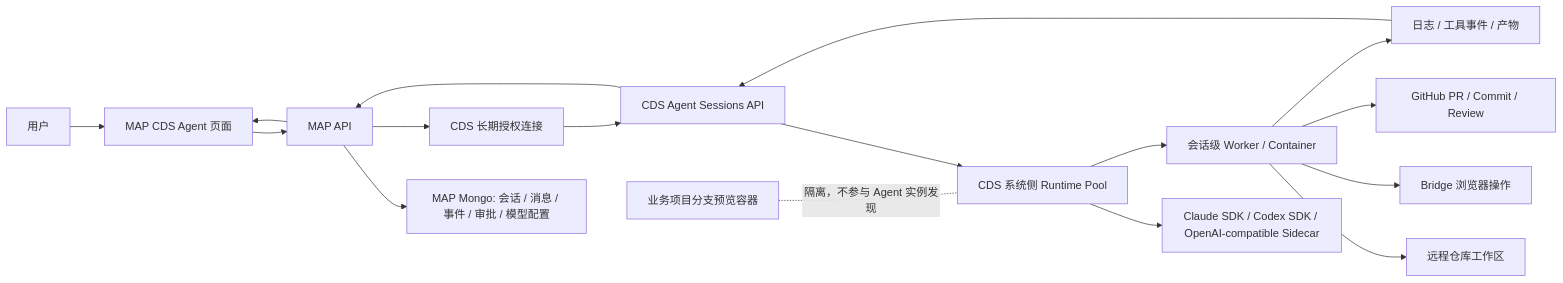
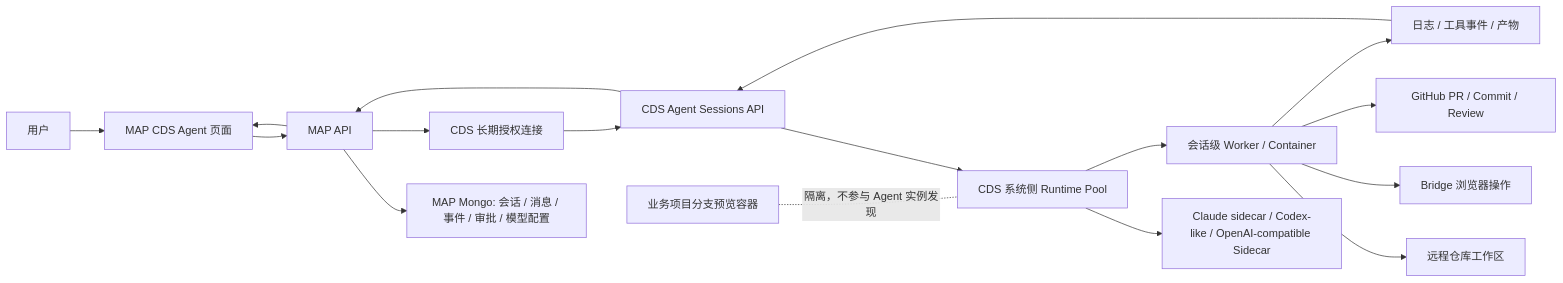
Before and after one commit to inernoro/prd_agent: the first of 2 diagrams in doc/design.cds-agent-runtime-architecture.md, drawn with Mermaid. The commit also changed other lines of this file and 41 other files, not shown here.

````diff
--- a/doc/design.cds-agent-runtime-architecture.md
+++ b/doc/design.cds-agent-runtime-architecture.md
@@ -41,20 +41,20 @@
 ```mermaid
 flowchart LR
   User["用户"] --> MapUI["MAP CDS Agent 页面"]
   MapUI --> MapApi["MAP API"]
   MapApi --> SessionDb["MAP Mongo: 会话 / 消息 / 事件 / 审批 / 模型配置"]
   MapApi --> CdsAuth["CDS 长期授权连接"]
   CdsAuth --> CdsAgentApi["CDS Agent Sessions API"]
   CdsAgentApi --> RuntimePool["CDS 系统侧 Runtime Pool"]
-  RuntimePool --> Sidecar["Claude SDK / Codex SDK / OpenAI-compatible Sidecar"]
+  RuntimePool --> Sidecar["Claude sidecar / Codex-like / OpenAI-compatible Sidecar"]
   RuntimePool --> Worker["会话级 Worker / Container"]
   Worker --> Repo["远程仓库工作区"]
   Worker --> Browser["Bridge 浏览器操作"]
   Worker --> Github["GitHub PR / Commit / Review"]
   Worker --> Logs["日志 / 工具事件 / 产物"]
   Logs --> CdsAgentApi
   CdsAgentApi --> MapApi
   MapApi --> MapUI
 
   BranchPreview["业务项目分支预览容器"] -. "隔离，不参与 Agent 实例发现" .- RuntimePool
 ```
````
